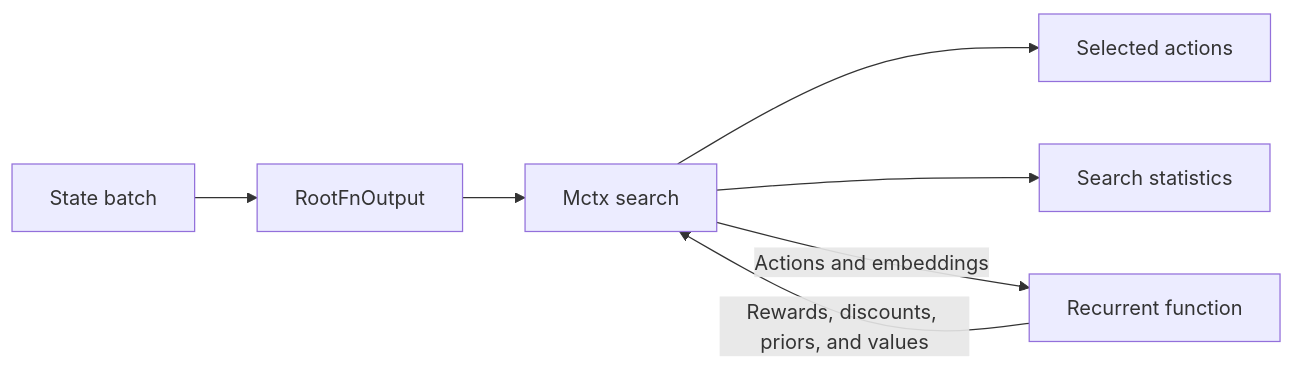
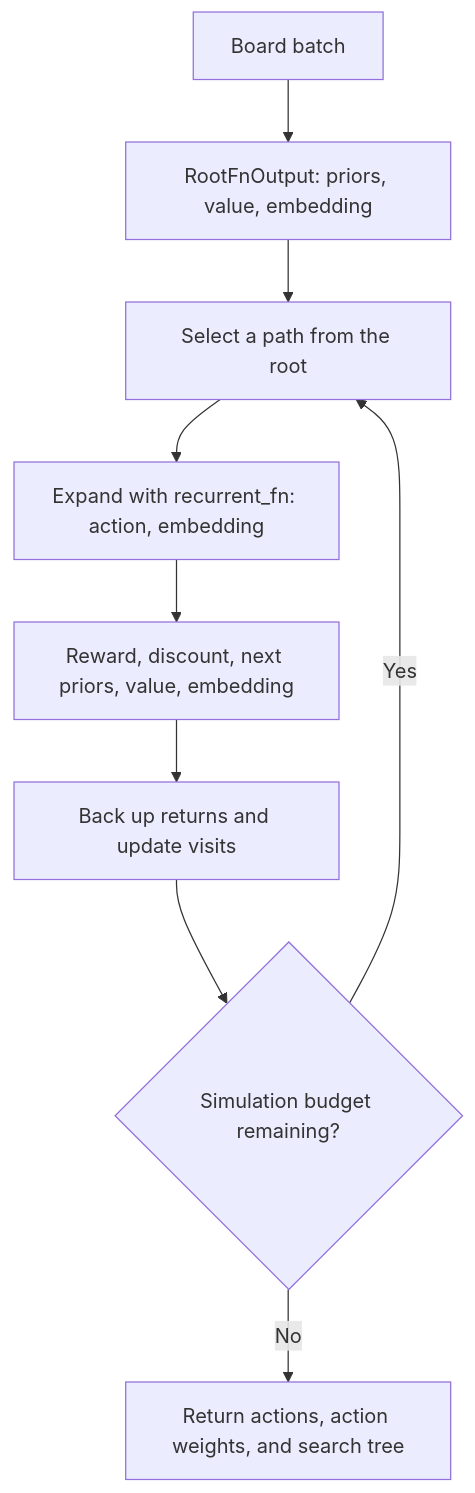
Before and after one commit to Eyepatch0/gpsaggese.github.io: the diagram in research/Implement_MonteCarlo_Tree_Search_and_Alpha_Zero/mctx/all.learn_mctx_by_building_a_batched_tic_tac_toe_agent.how_to_guide.md, drawn with Mermaid. The commit also changed other lines of this file and 2 other files, not shown here.

First line of the commit message:
Clarify the Mctx tutorial and fix terminal-state handling

````diff
--- a/research/Implement_MonteCarlo_Tree_Search_and_Alpha_Zero/mctx/all.learn_mctx_by_building_a_batched_tic_tac_toe_agent.how_to_guide.md
+++ b/research/Implement_MonteCarlo_Tree_Search_and_Alpha_Zero/mctx/all.learn_mctx_by_building_a_batched_tic_tac_toe_agent.how_to_guide.md
@@ -73,9 +99,11 @@
 ```mermaid
-flowchart LR
-    S[State batch] --> R[RootFnOutput]
-    R --> M[Mctx search]
-    M --> A[Selected actions]
-    M --> T[Search statistics]
-    M -->|Actions and embeddings| F[Recurrent function]
-    F -->|Rewards, discounts, priors, and values| M
+flowchart TD
+    S[Board batch] --> R["RootFnOutput: priors, value, embedding"]
+    R --> T[Select a path from the root]
+    T --> E["Expand with recurrent_fn: action, embedding"]
+    E --> P["Reward, discount, next priors, value, embedding"]
+    P --> B[Back up returns and update visits]
+    B --> N{Simulation budget remaining?}
+    N -->|Yes| T
+    N -->|No| A[Return actions, action weights, and search tree]
 ```
````
